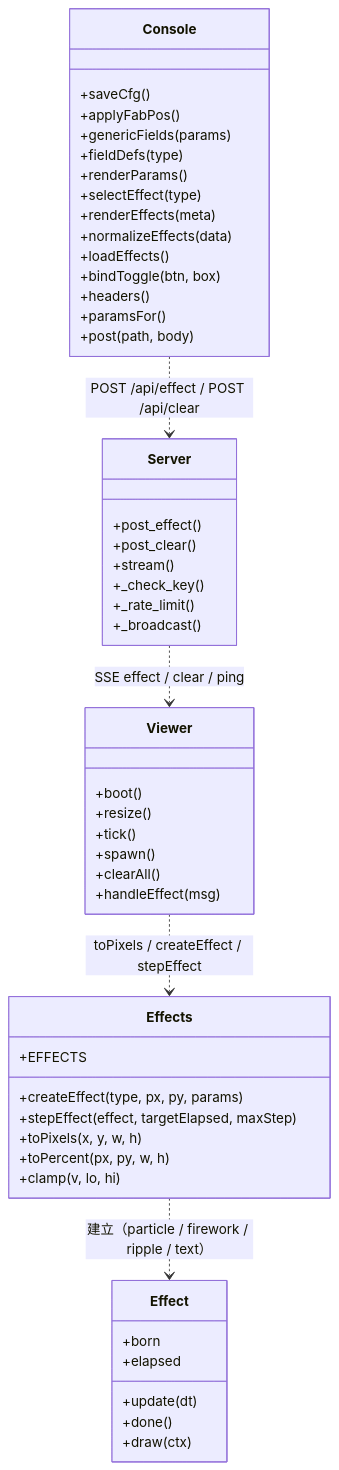
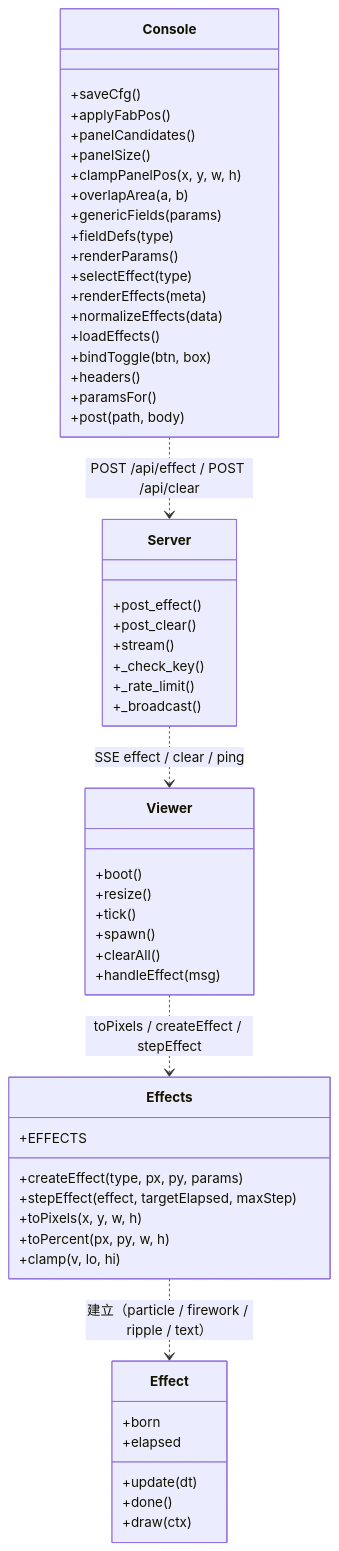
One commit to zivngit/Real-time-Interaction-html changed the fifth of 6 diagrams in docs/agents/CALL_GRAPH.md. Above: the diagram before and after it, drawn with Mermaid. The commit also changed other lines of this file and 4 other files, not shown here.

````diff
--- a/docs/agents/CALL_GRAPH.md
+++ b/docs/agents/CALL_GRAPH.md
@@ -128,53 +128,57 @@
 ```mermaid
 classDiagram
     class Effects {
         +EFFECTS
         +createEffect(type, px, py, params)
         +stepEffect(effect, targetElapsed, maxStep)
         +toPixels(x, y, w, h)
         +toPercent(px, py, w, h)
         +clamp(v, lo, hi)
     }
     class Effect {
         +update(dt)
         +done()
         +draw(ctx)
         +born
         +elapsed
     }
     class Viewer {
         +boot()
         +resize()
         +tick()
         +spawn()
         +clearAll()
         +handleEffect(msg)
     }
     class Server {
         +post_effect()
         +post_clear()
         +stream()
         +_check_key()
         +_rate_limit()
         +_broadcast()
     }
     class Console {
         +saveCfg()
         +applyFabPos()
+        +panelCandidates()
+        +panelSize()
+        +clampPanelPos(x, y, w, h)
+        +overlapArea(a, b)
         +genericFields(params)
         +fieldDefs(type)
         +renderParams()
         +selectEffect(type)
         +renderEffects(meta)
         +normalizeEffects(data)
         +loadEffects()
         +bindToggle(btn, box)
         +headers()
         +paramsFor()
         +post(path, body)
     }
     Viewer ..> Effects : toPixels / createEffect / stepEffect
     Effects ..> Effect : 建立（particle / firework / ripple / text）
     Console ..> Server : POST /api/effect / POST /api/clear
     Server ..> Viewer : SSE effect / clear / ping
 ```
````
